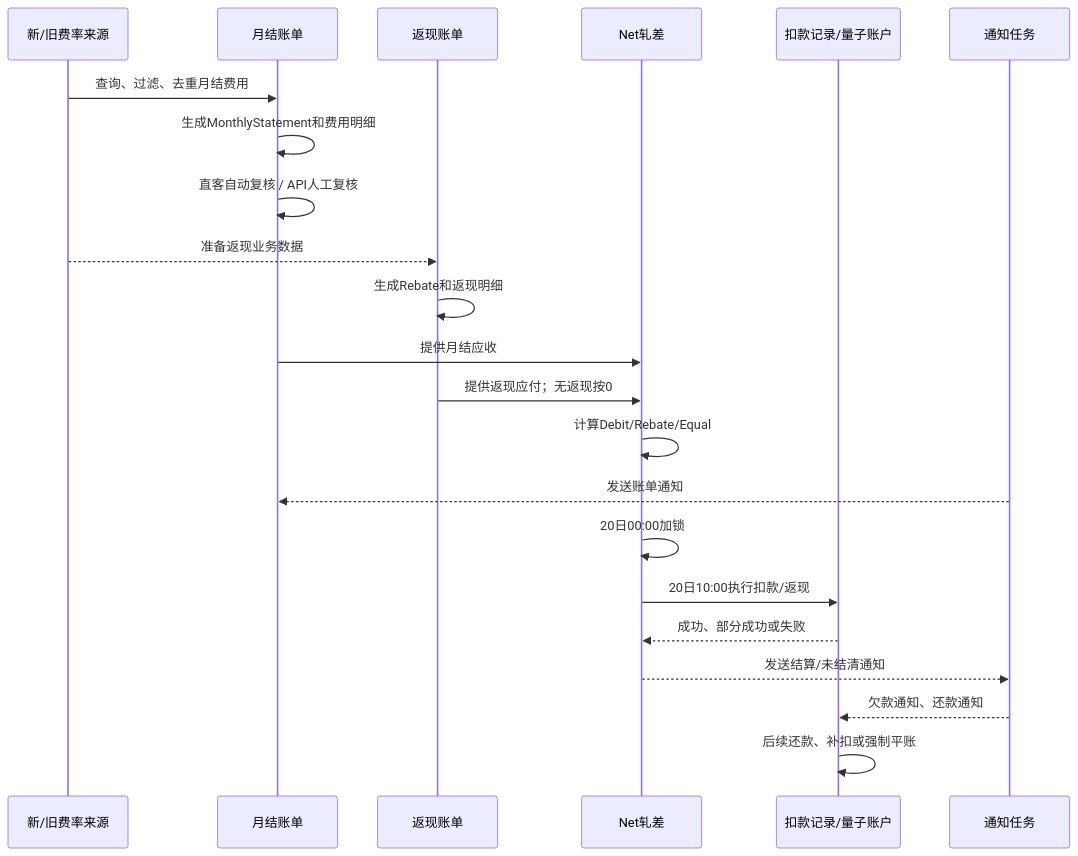
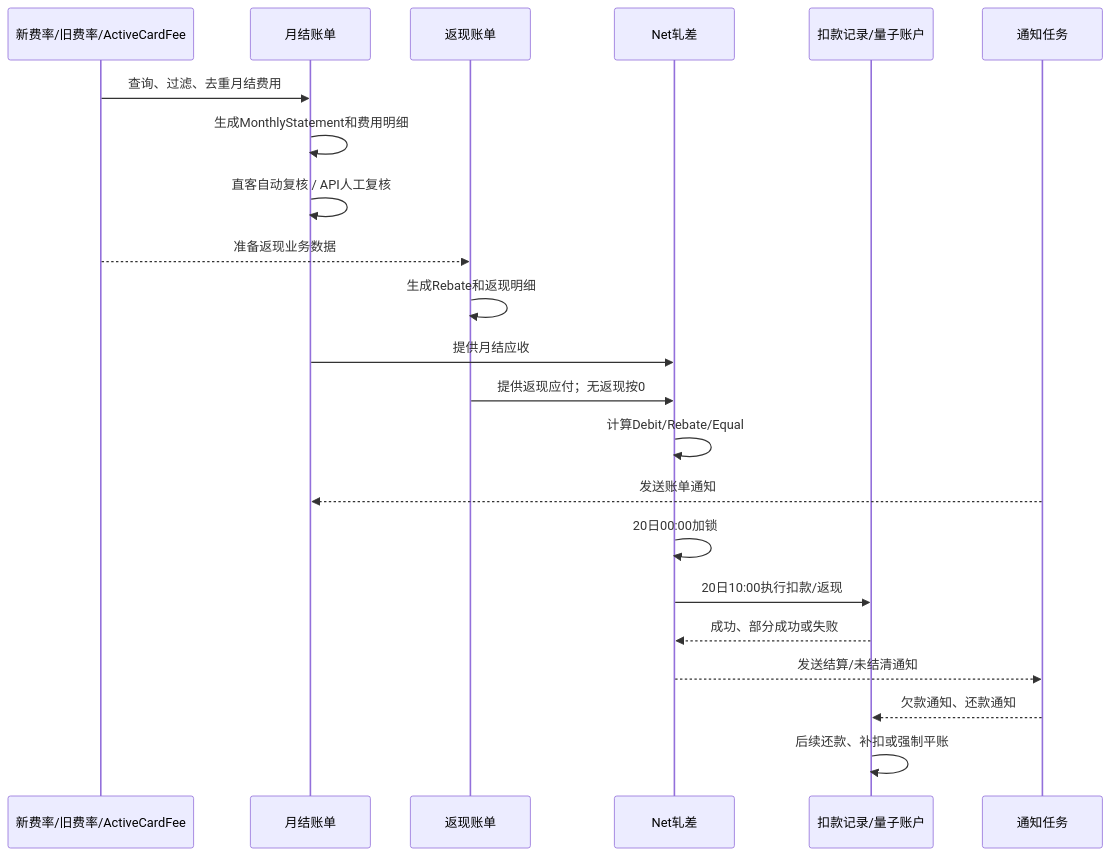
The seventh of 7 diagrams in qbit-assets/sprint-17/account-bill/直客账单需求分析.md (jiangxing110/martin-dev-log), drawn with Mermaid before and after one commit. The commit also changed other lines of this file and 8 other files, not shown here.

````diff
--- a/qbit-assets/sprint-17/account-bill/直客账单需求分析.md
+++ b/qbit-assets/sprint-17/account-bill/直客账单需求分析.md
@@ -282,24 +386,24 @@
 ```mermaid
 sequenceDiagram
-    participant Fee as 新/旧费率来源
+    participant Fee as 新费率/旧费率/ActiveCardFee
     participant Bill as 月结账单
     participant Rebate as 返现账单
     participant Net as Net轧差
     participant Debit as 扣款记录/量子账户
     participant Notice as 通知任务
     Fee->>Bill: 查询、过滤、去重月结费用
     Bill->>Bill: 生成MonthlyStatement和费用明细
     Bill->>Bill: 直客自动复核 / API人工复核
     Fee-->>Rebate: 准备返现业务数据
     Rebate->>Rebate: 生成Rebate和返现明细
     Bill->>Net: 提供月结应收
     Rebate->>Net: 提供返现应付；无返现按0
     Net->>Net: 计算Debit/Rebate/Equal
     Notice-->>Bill: 发送账单通知
     Net->>Net: 20日00:00加锁
     Net->>Debit: 20日10:00执行扣款/返现
     Debit-->>Net: 成功、部分成功或失败
     Net-->>Notice: 发送结算/未结清通知
     Notice-->>Debit: 欠款通知、还款通知
     Debit->>Debit: 后续还款、补扣或强制平账
 ```
````
